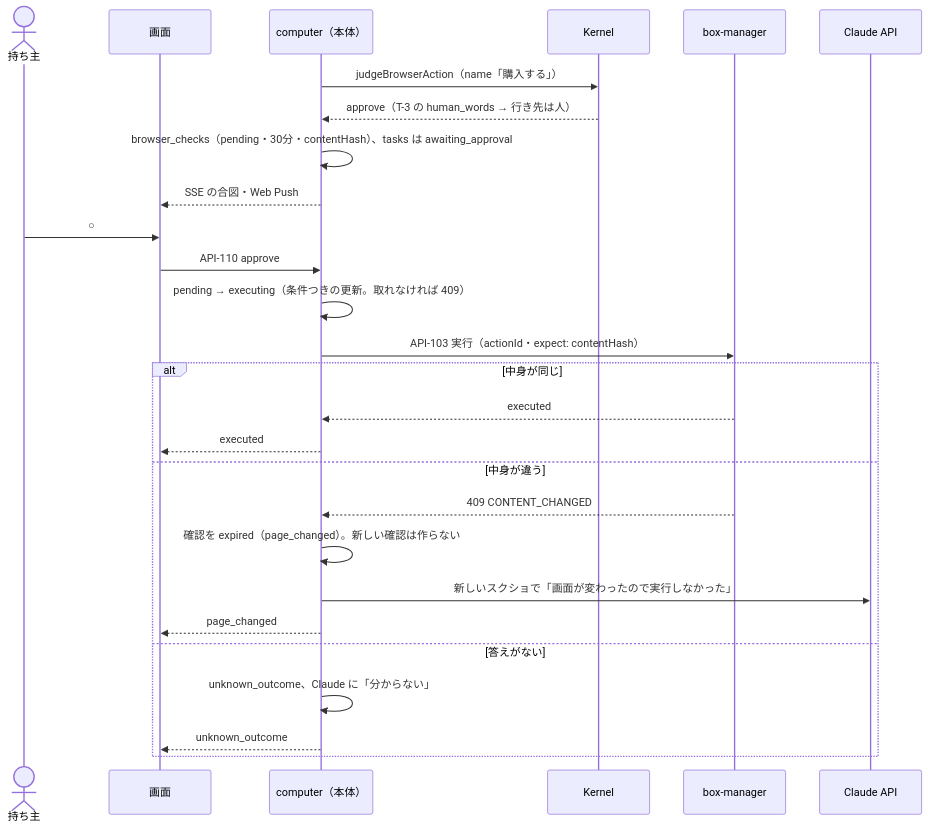
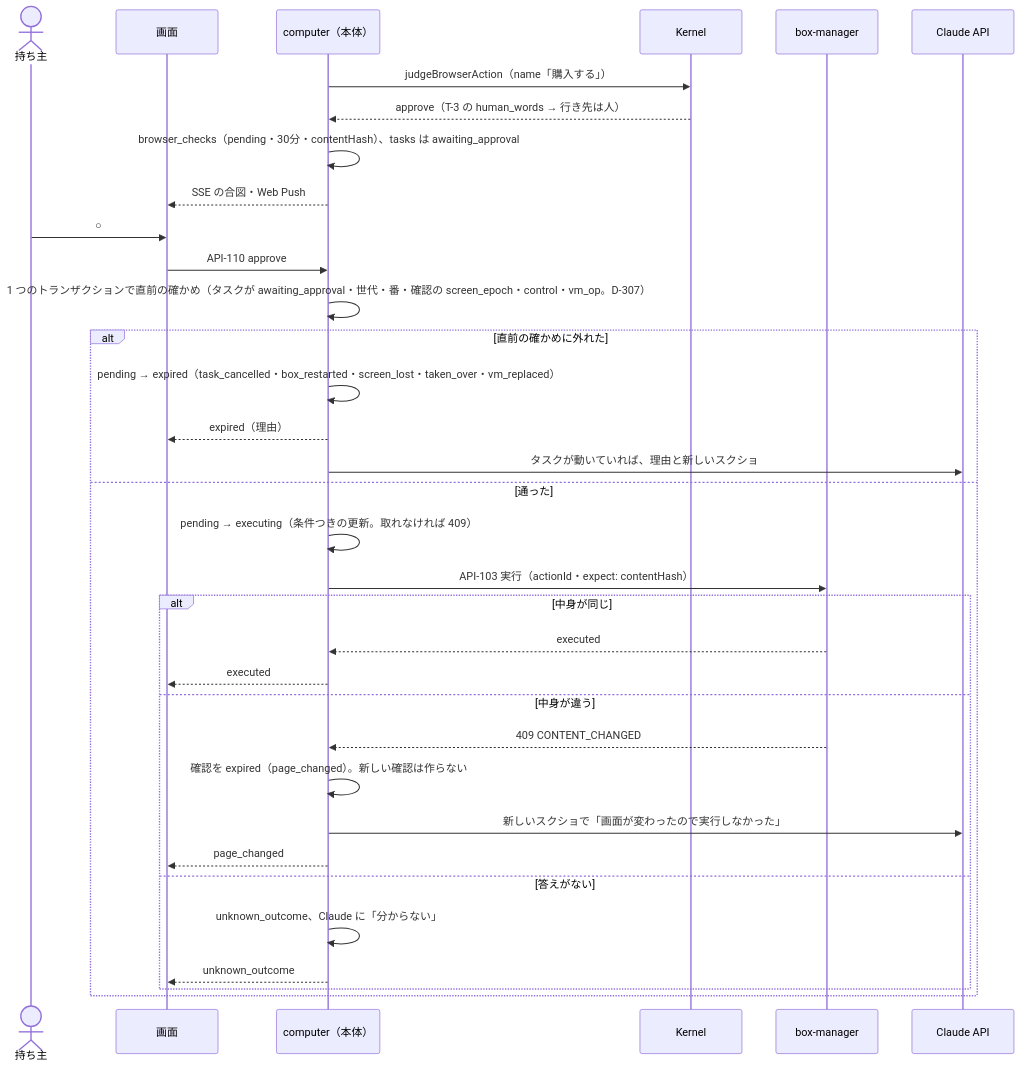
One commit to itiwoja/agent-team changed the ninth of 13 diagrams in docs/design/10_diagrams/sequences.md. Above: the diagram before and after it, drawn with Mermaid. The commit also changed other lines of this file and 32 other files, not shown here.

````diff
--- a/docs/design/10_diagrams/sequences.md
+++ b/docs/design/10_diagrams/sequences.md
@@ -180,29 +209,36 @@
 ```mermaid
 sequenceDiagram
  actor O as 持ち主
  participant W as 画面
  participant CU as computer（本体）
  participant K as Kernel
  participant BM as box-manager
  participant C as Claude API
  CU->>K: judgeBrowserAction（name「購入する」）
  K-->>CU: approve（T-3 の human_words → 行き先は人）
  CU->>CU: browser_checks（pending・30分・contentHash）、tasks は awaiting_approval
  CU-->>W: SSE の合図・Web Push
  O->>W: ○
  W->>CU: API-110 approve
- CU->>CU: pending → executing（条件つきの更新。取れなければ 409）
- CU->>BM: API-103 実行（actionId・expect: contentHash）
- alt 中身が同じ
-  BM-->>CU: executed
-  CU-->>W: executed
- else 中身が違う
-  BM-->>CU: 409 CONTENT_CHANGED
-  CU->>CU: 確認を expired（page_changed）。新しい確認は作らない
-  CU->>C: 新しいスクショで「画面が変わったので実行しなかった」
-  CU-->>W: page_changed
- else 答えがない
-  CU->>CU: unknown_outcome、Claude に「分からない」
-  CU-->>W: unknown_outcome
+ CU->>CU: 1 つのトランザクションで直前の確かめ（タスクが awaiting_approval・世代・番・確認の screen_epoch・control・vm_op。D-307）
+ alt 直前の確かめに外れた
+  CU->>CU: pending → expired（task_cancelled・box_restarted・screen_lost・taken_over・vm_replaced）
+  CU-->>W: expired（理由）
+  CU->>C: タスクが動いていれば、理由と新しいスクショ
+ else 通った
+  CU->>CU: pending → executing（条件つきの更新。取れなければ 409）
+  CU->>BM: API-103 実行（actionId・expect: contentHash）
+  alt 中身が同じ
+   BM-->>CU: executed
+   CU-->>W: executed
+  else 中身が違う
+   BM-->>CU: 409 CONTENT_CHANGED
+   CU->>CU: 確認を expired（page_changed）。新しい確認は作らない
+   CU->>C: 新しいスクショで「画面が変わったので実行しなかった」
+   CU-->>W: page_changed
+  else 答えがない
+   CU->>CU: unknown_outcome、Claude に「分からない」
+   CU-->>W: unknown_outcome
+  end
  end
 ```
````
